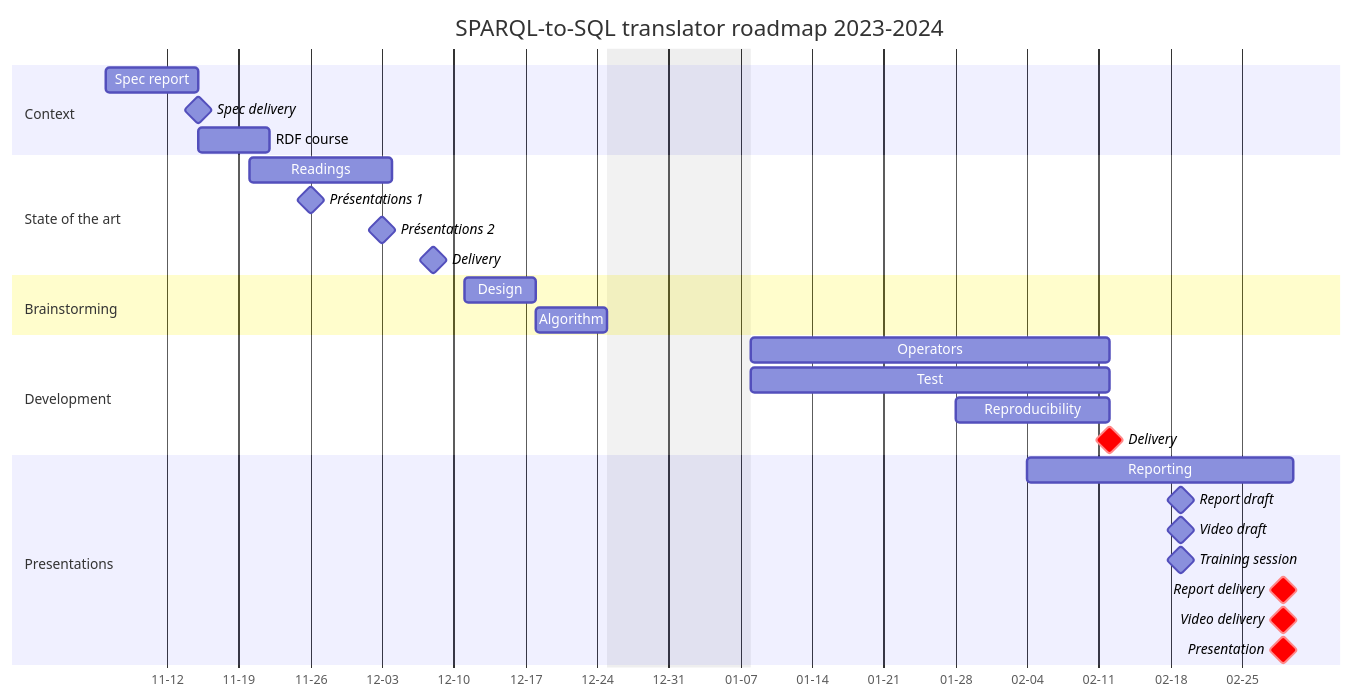
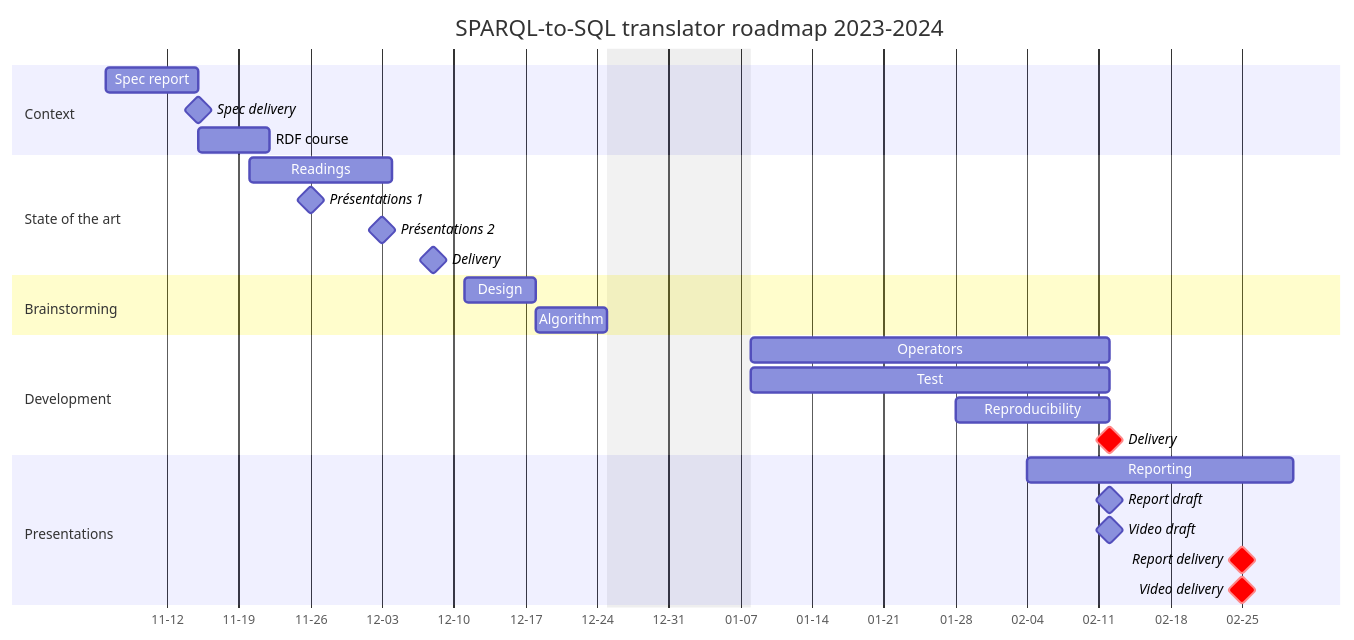
Before and after one commit to jpg-research/projects: the diagram in urban-knowledge-hub/README.md, drawn with Mermaid.

Commit message:
SPARQL-to-SQL Update: No presentation

````diff
--- a/urban-knowledge-hub/README.md
+++ b/urban-knowledge-hub/README.md
@@ -17,37 +17,35 @@
 ```mermaid
 gantt
 	title SPARQL-to-SQL translator roadmap 2023-2024
 	dateFormat YYYY-MM-DD
 	excludes 2023-12-25, 2023-12-26, 2023-12-27, 2023-12-28, 2023-12-29, 2023-12-30, 2023-12-31, 2024-01-01, 2024-01-02, 2024-01-03, 2024-01-04, 2024-01-05, 2024-01-06, 2024-01-07
 	axisFormat %m-%d
 	
 	section Context
 	Spec report             : sp1, 2023-11-06, 9d
 	Spec delivery           : milestone, m0, after sp1, 0d
 	RDF course              : sp2, after sp1, 7d
 
 	section State of the art
 	Readings                : s1, 2023-11-20, 14d
 	Présentations 1         : milestone, pr1, 2023-11-26, 0d
 	Présentations 2         : milestone, pr2, 2023-12-03, 0d
 	Delivery                : milestone, s0, 2023-12-08, 0d
 
 	section Brainstorming
 	Design                  : b1, 2023-12-11, 7d
 	Algorithm               : b2, after b1, 7d
 
 	section Development
 	Operators               : d1, 2024-01-08, 35d
 	Test                    : d2, 2024-01-08, 35d
 	Reproducibility         : d3, 2024-01-28, 15d
 	Delivery                : crit, milestone, d4, after d1 d2, 0d
 
 	section Presentations
 	Reporting               : r1, 2024-02-04, 26d
-	Report draft            : milestone, r0, 2024-02-19, 0d
-	Video draft             : milestone, r1, 2024-02-19, 0d
-	Training session        : milestone, t0, 2024-02-19, 0d
-	Report delivery         : crit, milestone, m3, 2024-02-29, 0d
-	Video delivery          : crit, milestone, m1, 2024-02-29, 0d
-	Presentation            : crit, milestone, m2, 2024-02-29, 0d
+	Report draft            : milestone, r0, 2024-02-12, 0d
+	Video draft             : milestone, r1, 2024-02-12, 0d
+	Report delivery         : crit, milestone, m3, 2024-02-25, 0d
+	Video delivery          : crit, milestone, m1, 2024-02-25, 0d
 ```
````
